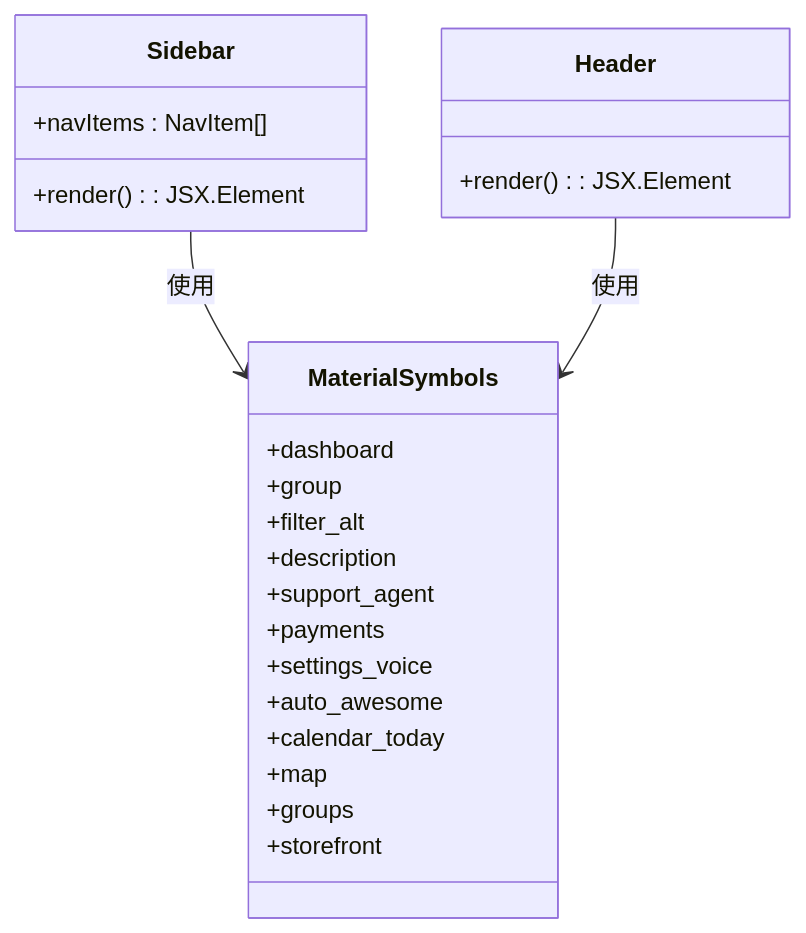
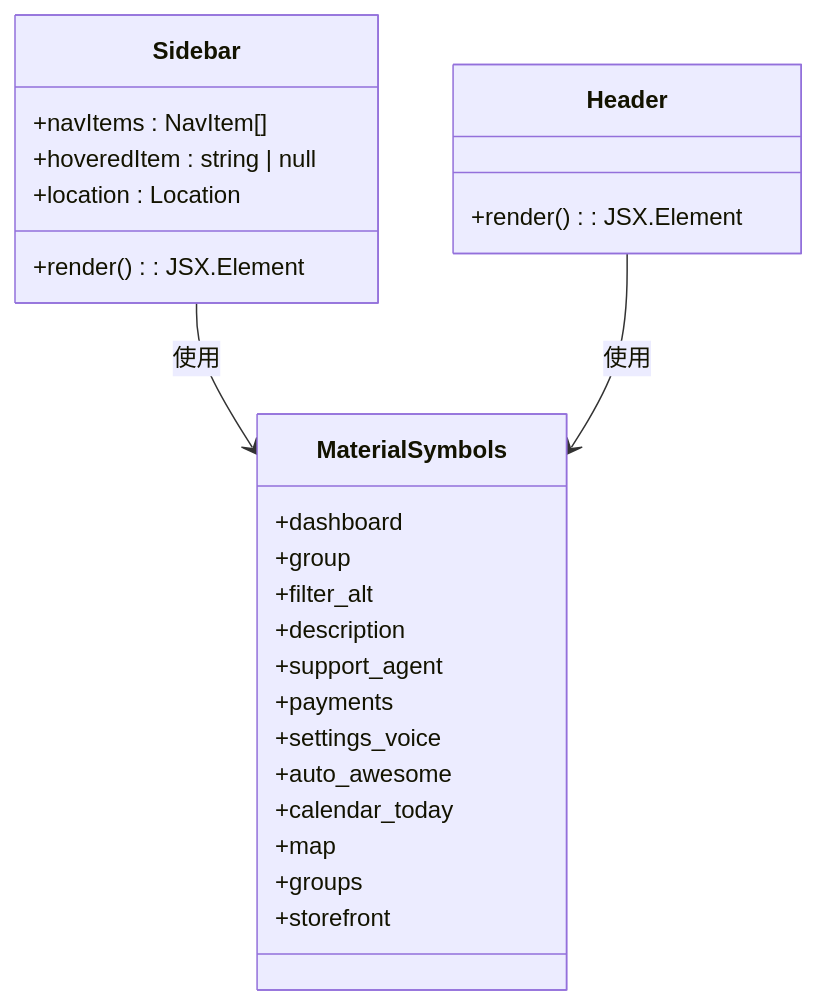
Before and after one commit to xianjianshenqu/SalesFlow-CRM: the sixth of 14 diagrams in .qoder/repowiki/zh/content/核心组件/导航组件 (Sidebar).md, drawn with Mermaid. The commit also changed other lines of this file and 9 other files, not shown here.

````diff
--- a/.qoder/repowiki/zh/content/核心组件/导航组件 (Sidebar).md
+++ b/.qoder/repowiki/zh/content/核心组件/导航组件 (Sidebar).md
@@ -279,26 +329,28 @@
 ```mermaid
 classDiagram
 class MaterialSymbols {
 +dashboard
 +group
 +filter_alt
 +description
 +support_agent
 +payments
 +settings_voice
 +auto_awesome
 +calendar_today
 +map
 +groups
 +storefront
 }
 class Sidebar {
 +navItems : NavItem[]
++hoveredItem : string | null
++location : Location
 +render() : JSX.Element
 }
 class Header {
 +render() : JSX.Element
 }
 Sidebar --> MaterialSymbols : 使用
 Header --> MaterialSymbols : 使用
 ```
````
